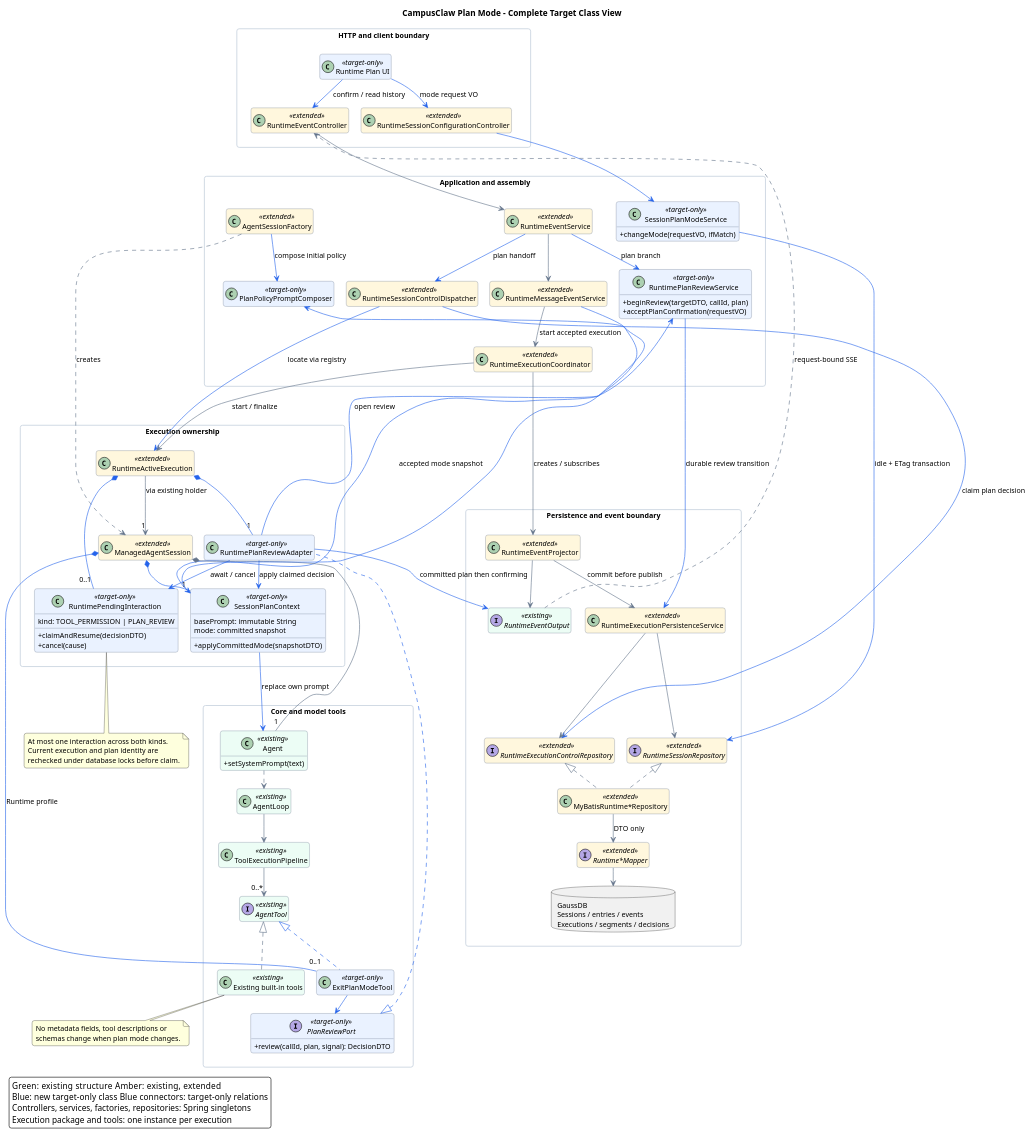
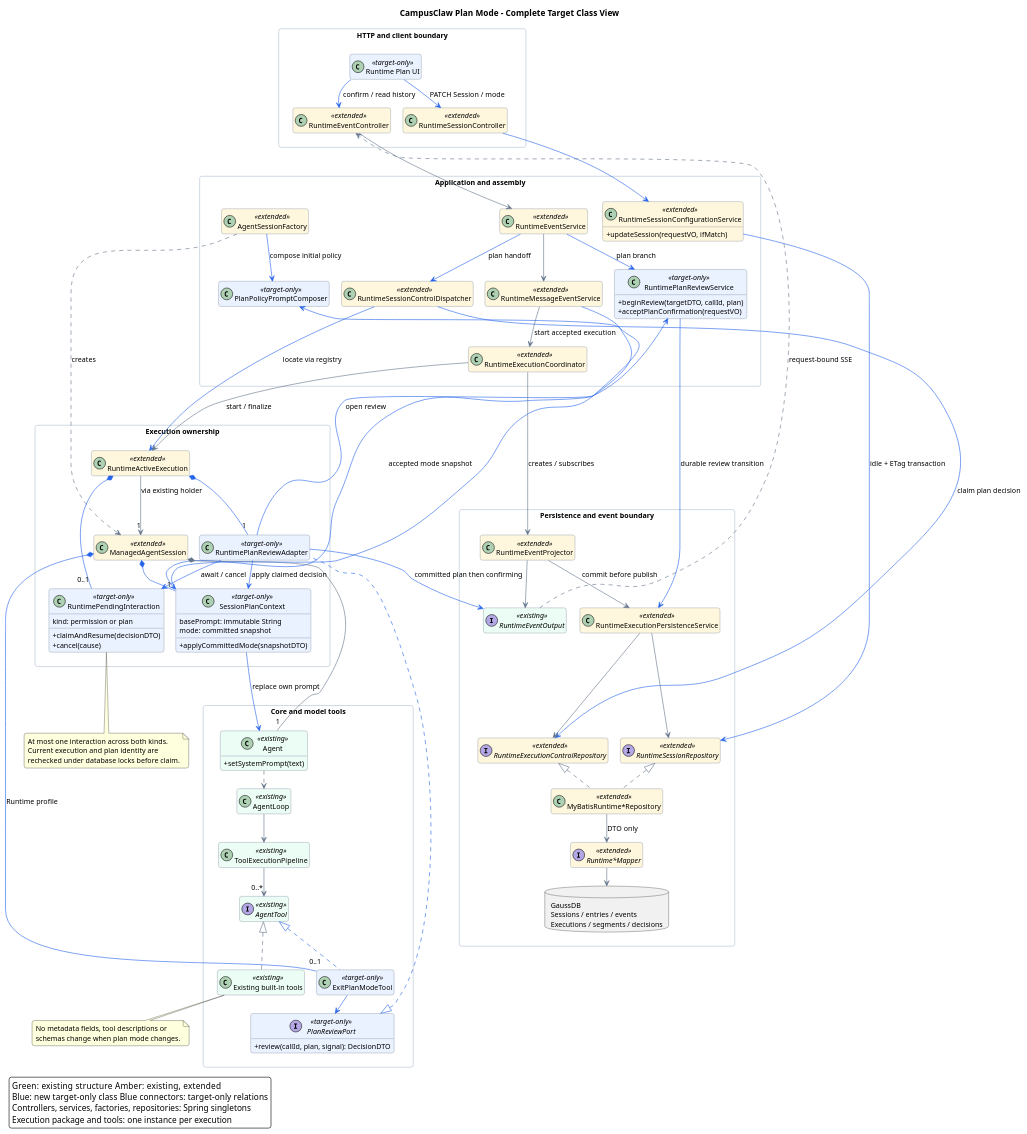
The first of 3 diagrams in 01-总体架构/06-CampusClaw计划模式/diagram.puml (ssm0808/pi-mono-java-design), drawn with PlantUML before and after one commit. The commit also changed other lines of this file and 11 other files, not shown here.

Commit message:
docs(plan): 将工作模式切换归入 Session 更新

```diff
--- a/01-总体架构/06-CampusClaw计划模式/diagram.puml
+++ b/01-总体架构/06-CampusClaw计划模式/diagram.puml
@@ -1,163 +1,166 @@
 @startuml plan_mode_target_classes
 ' Source baseline: pi-mono-java 09b32d8ea4a4b43b34be302d8b2745bdc417c9a2.
 ' Local f61906b9136246ca60f333704b6fc92b5420d0ec has identical files in this scope.
 ' Source: modules/coding-agent-cli/src/main/java/com/campusclaw/codingagent/session/AgentSessionFactory.java :: create, configureAgent.
 ' Source: modules/coding-agent-cli/src/main/java/com/campusclaw/codingagent/runtimeapi/runtime/RuntimeActiveExecution.java :: beginToolConfirmation, claimAndResumeToolConfirmation.
 ' Source: modules/coding-agent-cli/src/main/java/com/campusclaw/codingagent/runtimeapi/persistence/RuntimeExecutionPersistenceService.java :: markToolConfirming, acceptToolConfirmation.
 ' Source: modules/coding-agent-cli/src/main/java/com/campusclaw/codingagent/runtimeapi/event/RuntimeMessageEventService.java :: prepare, accept, startAccepted.
 ' Source: modules/coding-agent-cli/src/main/java/com/campusclaw/codingagent/runtimeapi/event/RuntimeExecutionCoordinator.java :: start, commitAndRelease.
 ' Source: modules/coding-agent-cli/src/main/java/com/campusclaw/codingagent/runtimeapi/runtime/RuntimeSessionControlDispatcher.java :: dispatchConfirmation, dispatchStop.
+' Source: modules/coding-agent-cli/src/main/java/com/campusclaw/codingagent/runtimeapi/web/RuntimeSessionController.java :: create, get, delete; update is target-only.
+' Source: modules/coding-agent-cli/src/main/java/com/campusclaw/codingagent/runtimeapi/session/RuntimeSessionConfigurationService.java :: requireMutableSession, requireUpdated.
+' Design reason: mode is updated on the Session resource through the existing configuration service.
 ' Source: modules/agent-core/src/main/java/com/campusclaw/agent/loop/AgentLoop.java :: invokeModel, runToolPhase.
 ' DeepSeek baseline: 0a53fb55bea101816fa226bb964ae2bed71c343b (alpha).
 ' Source: packages/plan/plan-mode/src/index.ts :: PlanModeController, exit_plan_mode.
 ' Observed behavior: the existing Runtime owns streams, durable controls and active executions.
 ' Design reason: add plan policy and review without changing tool metadata or the Agent Loop.
 ' Java divergence: HTTP plan review and database handoff are target-only additions.
 title CampusClaw Plan Mode - Complete Target Class View
 top to bottom direction
 allowmixing
 skinparam backgroundColor #FFFFFF
 skinparam defaultFontName SansSerif
 skinparam defaultFontSize 12
 skinparam shadowing false
 skinparam roundcorner 8
 skinparam packageStyle rectangle
 skinparam ArrowColor #64748B
 skinparam classAttributeIconSize 0
 skinparam nodesep 20
 skinparam ranksep 30
 skinparam classBorderColor #64748B
 skinparam packageBorderColor #CBD5E1
 hide empty members
 
 legend bottom left
   Green: existing structure     Amber: existing, extended
   Blue: new target-only class   Blue connectors: target-only relations
   Controllers, services, factories, repositories: Spring singletons
   Execution package and tools: one instance per execution
 endlegend
 
 package "HTTP and client boundary" as HttpBoundary {
   class "Runtime Plan UI" as UI <<target-only>> #EAF2FF
-  class "RuntimeSessionConfigurationController" as ConfigApi <<extended>> #FFF7DD
+  class "RuntimeSessionController" as ConfigApi <<extended>> #FFF7DD
   class "RuntimeEventController" as EventApi <<extended>> #FFF7DD
 }
 
 package "Application and assembly" as Application {
-  class "SessionPlanModeService" as ModeService <<target-only>> #EAF2FF {
-    +changeMode(requestVO, ifMatch)
+  class "RuntimeSessionConfigurationService" as ModeService <<extended>> #FFF7DD {
+    +updateSession(requestVO, ifMatch)
   }
   class "RuntimeEventService" as EventService <<extended>> #FFF7DD
   class "RuntimeMessageEventService" as MessageService <<extended>> #FFF7DD
   class "RuntimeExecutionCoordinator" as Coordinator <<extended>> #FFF7DD
   class "RuntimeSessionControlDispatcher" as Dispatcher <<extended>> #FFF7DD
   class "RuntimePlanReviewService" as ReviewService <<target-only>> #EAF2FF {
     +beginReview(targetDTO, callId, plan)
     +acceptPlanConfirmation(requestVO)
   }
   class "AgentSessionFactory" as Factory <<extended>> #FFF7DD
   class "PlanPolicyPromptComposer" as Composer <<target-only>> #EAF2FF
 }
 
 package "Execution ownership" as ExecutionScope {
   class "RuntimeActiveExecution" as Execution <<extended>> #FFF7DD
   class "RuntimePendingInteraction" as Pending <<target-only>> #EAF2FF {
-    kind: TOOL_PERMISSION | PLAN_REVIEW
+    kind: permission or plan
     +claimAndResume(decisionDTO)
     +cancel(cause)
   }
   class "ManagedAgentSession" as Session <<extended>> #FFF7DD
   class "SessionPlanContext" as PlanContext <<target-only>> #EAF2FF {
     basePrompt: immutable String
     mode: committed snapshot
     +applyCommittedMode(snapshotDTO)
   }
   class "RuntimePlanReviewAdapter" as ReviewAdapter <<target-only>> #EAF2FF
 }
 
 package "Core and model tools" as ToolScope {
   class "Agent" as AgentCore <<existing>> #ECFDF5 {
     +setSystemPrompt(text)
   }
   class "AgentLoop" as Loop <<existing>> #ECFDF5
   class "ToolExecutionPipeline" as Pipeline <<existing>> #ECFDF5
   interface "AgentTool" as Tool <<existing>> #ECFDF5
   class "ExitPlanModeTool" as ExitTool <<target-only>> #EAF2FF
   class "Existing built-in tools" as ExistingTools <<existing>> #ECFDF5
   interface "PlanReviewPort" as ReviewPort <<target-only>> #EAF2FF {
     +review(callId, plan, signal): DecisionDTO
   }
 }
 
 package "Persistence and event boundary" as PersistenceScope {
   class "RuntimeExecutionPersistenceService" as Persistence <<extended>> #FFF7DD
   interface "RuntimeSessionRepository" as SessionRepo <<extended>> #FFF7DD
   interface "RuntimeExecutionControlRepository" as ControlRepo <<extended>> #FFF7DD
   class "MyBatisRuntime*Repository" as Repos <<extended>> #FFF7DD
   interface "Runtime*Mapper" as Mappers <<extended>> #FFF7DD
   class "RuntimeEventProjector" as Projector <<extended>> #FFF7DD
   interface "RuntimeEventOutput" as Output <<existing>> #ECFDF5
   database "GaussDB\nSessions / entries / events\nExecutions / segments / decisions" as DB
 }
 
 HttpBoundary -[hidden]down- Application
 Application -[hidden]down- ExecutionScope
 ExecutionScope -[hidden]right- ToolScope
 ExecutionScope -[hidden]down- PersistenceScope
 
-UI -[#2563EB]-> ConfigApi : mode request VO
+UI -[#2563EB]-> ConfigApi : PATCH Session / mode
 UI -[#2563EB]-> EventApi : confirm / read history
 ConfigApi -[#2563EB]-> ModeService
 EventApi --> EventService
 EventService -[#2563EB]-> ReviewService : plan branch
 EventService --> MessageService
 MessageService --> Coordinator : start accepted execution
 MessageService -[#2563EB,norank]-> PlanContext : accepted mode snapshot
 EventService -[#2563EB]-> Dispatcher : plan handoff
 Dispatcher -[#2563EB]-> Execution : locate via registry
 Dispatcher -[#2563EB,norank]-> ControlRepo : claim plan decision
 Coordinator --> Execution : start / finalize
 ModeService -[#2563EB]-> SessionRepo : idle + ETag transaction
 ReviewService -[#2563EB]-> Persistence : durable review transition
 Factory ..> Session : creates
 Factory -[#2563EB]-> Composer : compose initial policy
 Session *-- "1" AgentCore
 Session *-[#2563EB]- "1" PlanContext
 Execution *-[#2563EB]- "0..1" Pending
 Execution *-[#2563EB]- "1" ReviewAdapter
 Execution --> "1" Session : via existing holder
 ReviewAdapter -[#2563EB]-> Pending : await / cancel
 ReviewAdapter -[#2563EB,norank]-> ReviewService : open review
 ReviewAdapter -[#2563EB]-> PlanContext : apply claimed decision
 PlanContext -[#2563EB,norank]-> Composer
 PlanContext -[#2563EB]-> AgentCore : replace own prompt
 AgentCore ..> Loop
 Loop --> Pipeline
 Pipeline --> "0..*" Tool
 Tool <|.. ExistingTools
 Tool <|.[#2563EB]. ExitTool
 Session *-[#2563EB]- "0..1" ExitTool : Runtime profile
 ExitTool -[#2563EB]-> ReviewPort
 ReviewPort <|.[#2563EB,norank]. ReviewAdapter
 Persistence --> SessionRepo
 Persistence --> ControlRepo
 SessionRepo <|.. Repos
 ControlRepo <|.. Repos
 Repos --> Mappers : DTO only
 Mappers --> DB
 Projector --> Persistence : commit before publish
 Coordinator --> Projector : creates / subscribes
 Projector --> Output
 ReviewAdapter -[#2563EB]-> Output : committed plan then confirming
 Output .[norank].> EventApi : request-bound SSE
 
 note bottom of Pending
   At most one interaction across both kinds.
   Current execution and plan identity are
   rechecked under database locks before claim.
 end note
 note bottom of ExistingTools
   No metadata fields, tool descriptions or
   schemas change when plan mode changes.
 end note
 @enduml
```
